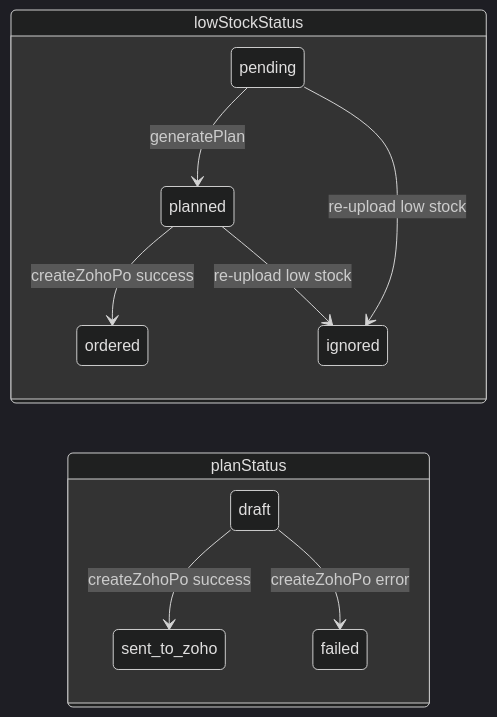
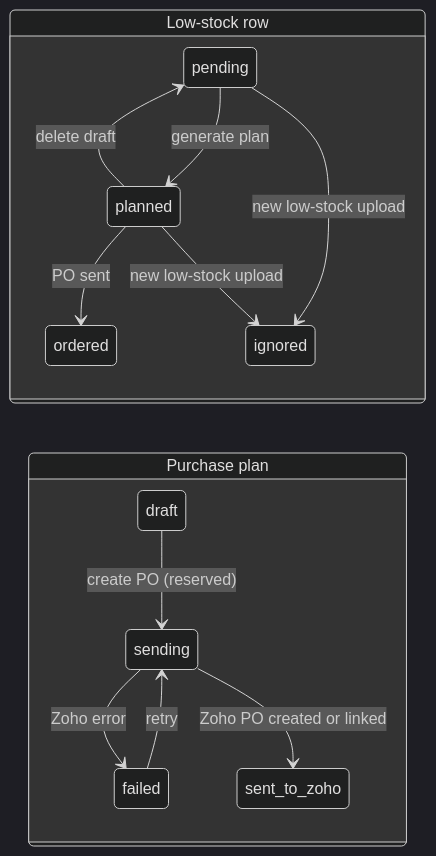
The first of 2 diagrams in docs/purchase-planning.md (FairoozM/hr-attendance-app), drawn with Mermaid (dark theme) before and after one commit. The commit also changed other lines of this file and 24 other files, not shown here.

````diff
--- a/docs/purchase-planning.md
+++ b/docs/purchase-planning.md
@@ -79,14 +38,17 @@
 ```mermaid
 stateDiagram-v2
   direction LR
-  state lowStockStatus {
-    pending --> planned: generatePlan
-    planned --> ordered: createZohoPo success
-    pending --> ignored: re-upload low stock
-    planned --> ignored: re-upload low stock
+  state "Low-stock row" as ls {
+    pending --> planned: generate plan
+    planned --> pending: delete draft
+    planned --> ordered: PO sent
+    pending --> ignored: new low-stock upload
+    planned --> ignored: new low-stock upload
   }
-  state planStatus {
-    draft --> sent_to_zoho: createZohoPo success
-    draft --> failed: createZohoPo error
+  state "Purchase plan" as plan {
+    draft --> sending: create PO (reserved)
+    failed --> sending: retry
+    sending --> sent_to_zoho: Zoho PO created or linked
+    sending --> failed: Zoho error
   }
 ```
````
